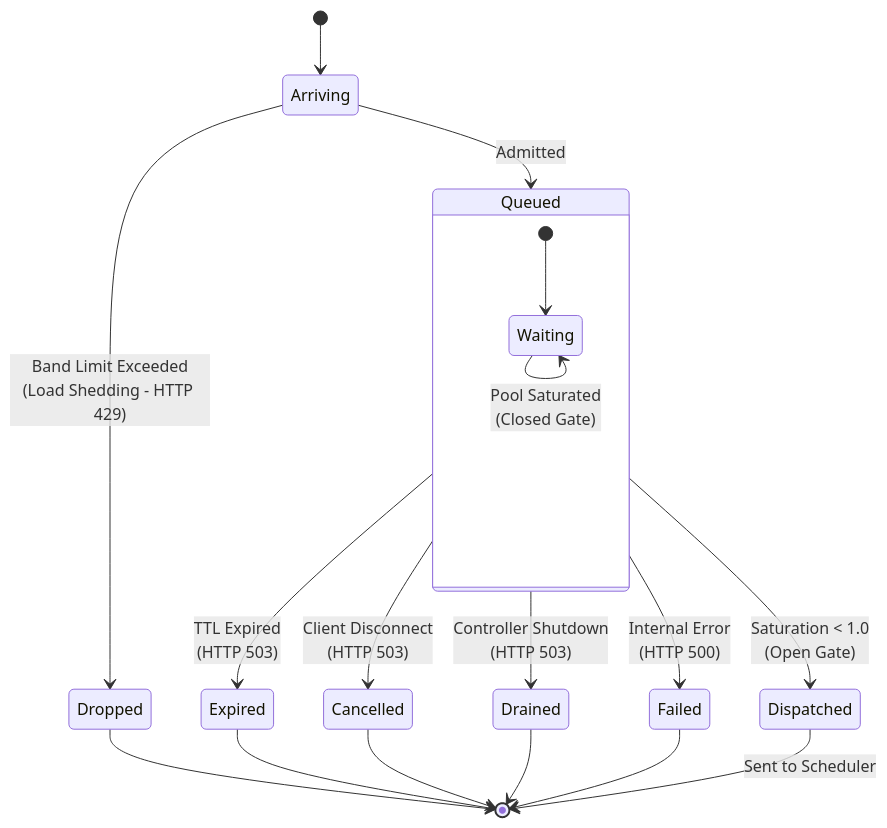
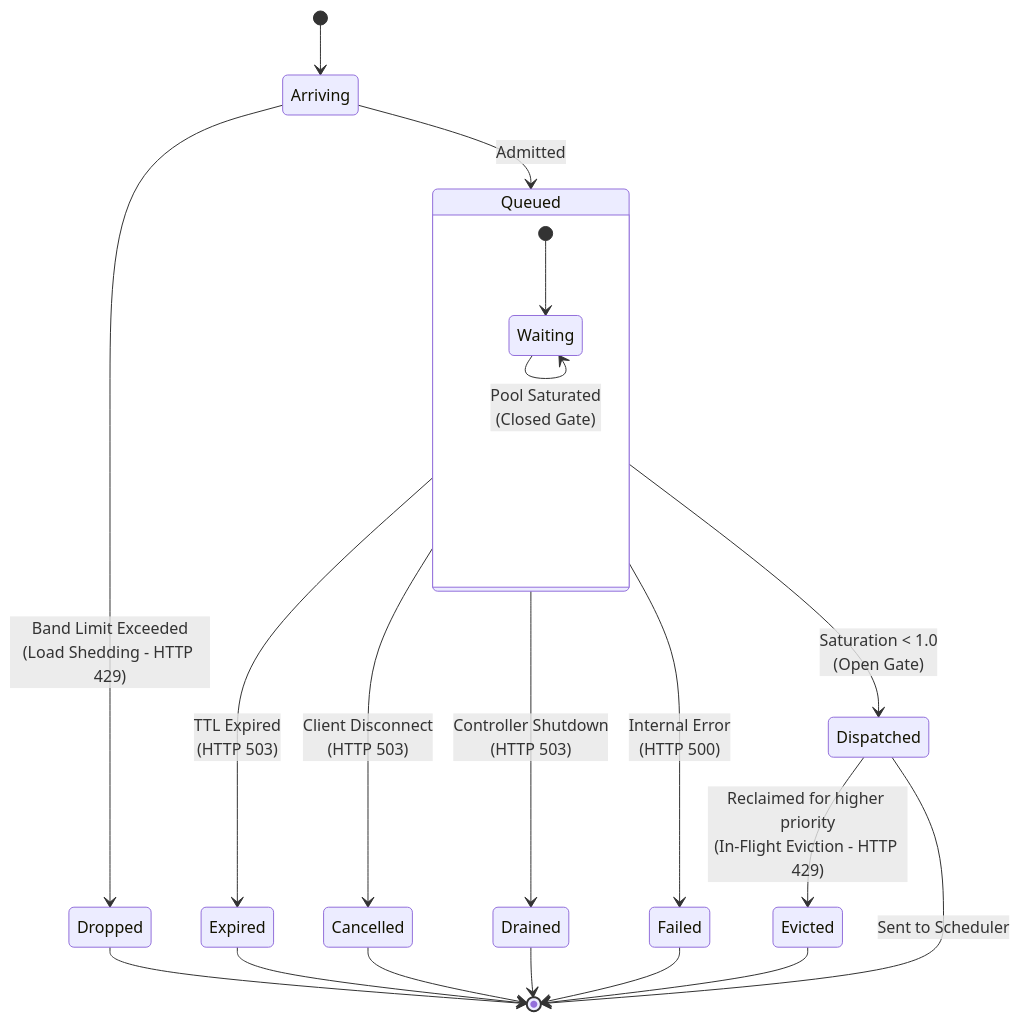
The fourth of 4 diagrams in docs/architecture/core/router/epp/flow-control.md (llm-d/llm-d), drawn with Mermaid before and after one commit. The commit also changed other lines of this file and 1 other file, not shown here.

First line of the commit message:
docs(flow-control): document in-flight eviction (llm-d-router#2093)

````diff
--- a/docs/architecture/core/router/epp/flow-control.md
+++ b/docs/architecture/core/router/epp/flow-control.md
@@ -318,24 +343,26 @@
 ```mermaid
 stateDiagram-v2
     [*] --> Arriving
     Arriving --> Dropped: Band Limit Exceeded<br/>(Load Shedding - HTTP 429)
     Arriving --> Queued: Admitted
 
     state Queued {
         [*] --> Waiting
         Waiting --> Waiting: Pool Saturated<br/>(Closed Gate)
     }
 
     Queued --> Expired: TTL Expired<br/>(HTTP 503)
     Queued --> Cancelled: Client Disconnect<br/>(HTTP 503)
     Queued --> Drained: Controller Shutdown<br/>(HTTP 503)
     Queued --> Failed: Internal Error<br/>(HTTP 500)
     Queued --> Dispatched: Saturation < 1.0<br/>(Open Gate)
 
+    Dispatched --> Evicted: Reclaimed for higher priority<br/>(In-Flight Eviction - HTTP 429)
     Dispatched --> [*]: Sent to Scheduler
     Dropped --> [*]
     Expired --> [*]
     Cancelled --> [*]
     Drained --> [*]
+    Evicted --> [*]
     Failed --> [*]
 ```
````
